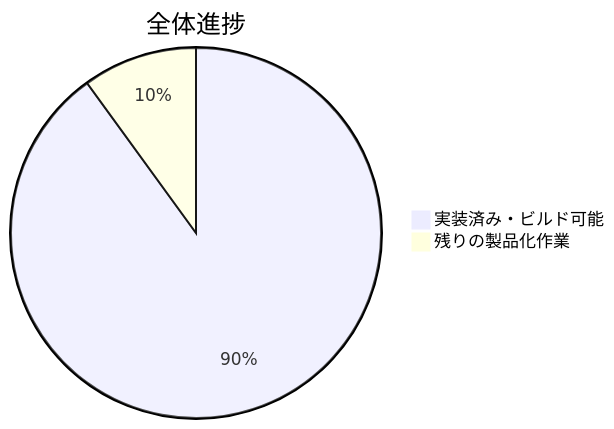
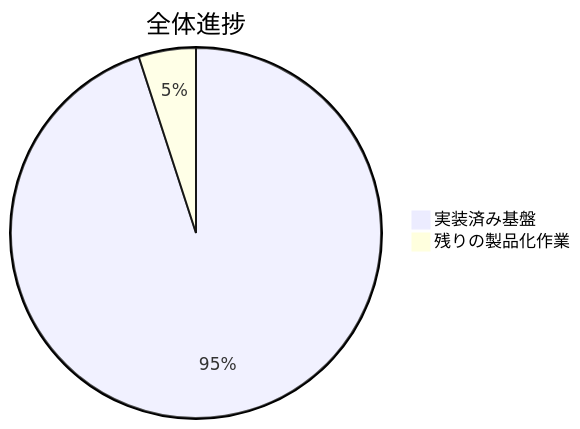
Before and after one commit to lingmulongtai/GlyphRay: the first of 5 diagrams in README.ja.md, drawn with Mermaid. The commit also changed other lines of this file and 60 other files, not shown here.

````diff
--- a/README.ja.md
+++ b/README.ja.md
@@ -16,5 +16,5 @@
 ```mermaid
 pie title 全体進捗
-  "実装済み・ビルド可能" : 90
-  "残りの製品化作業" : 10
+  "実装済み基盤" : 95
+  "残りの製品化作業" : 5
 ```
````
